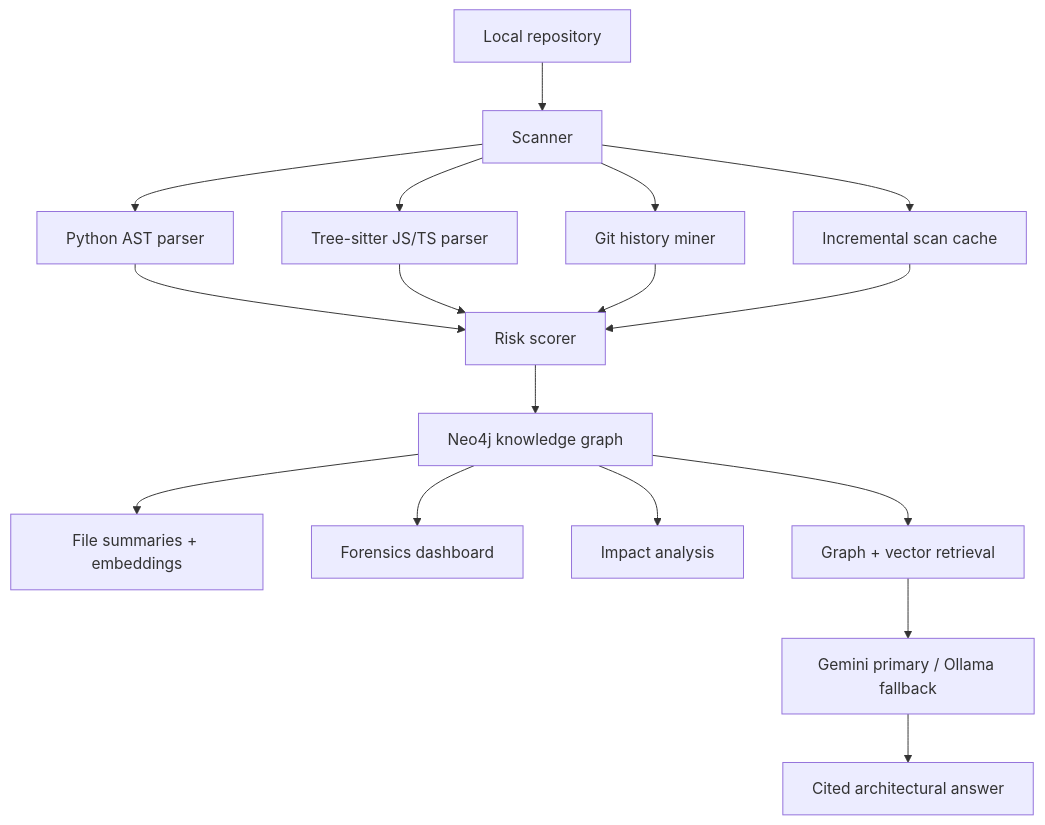
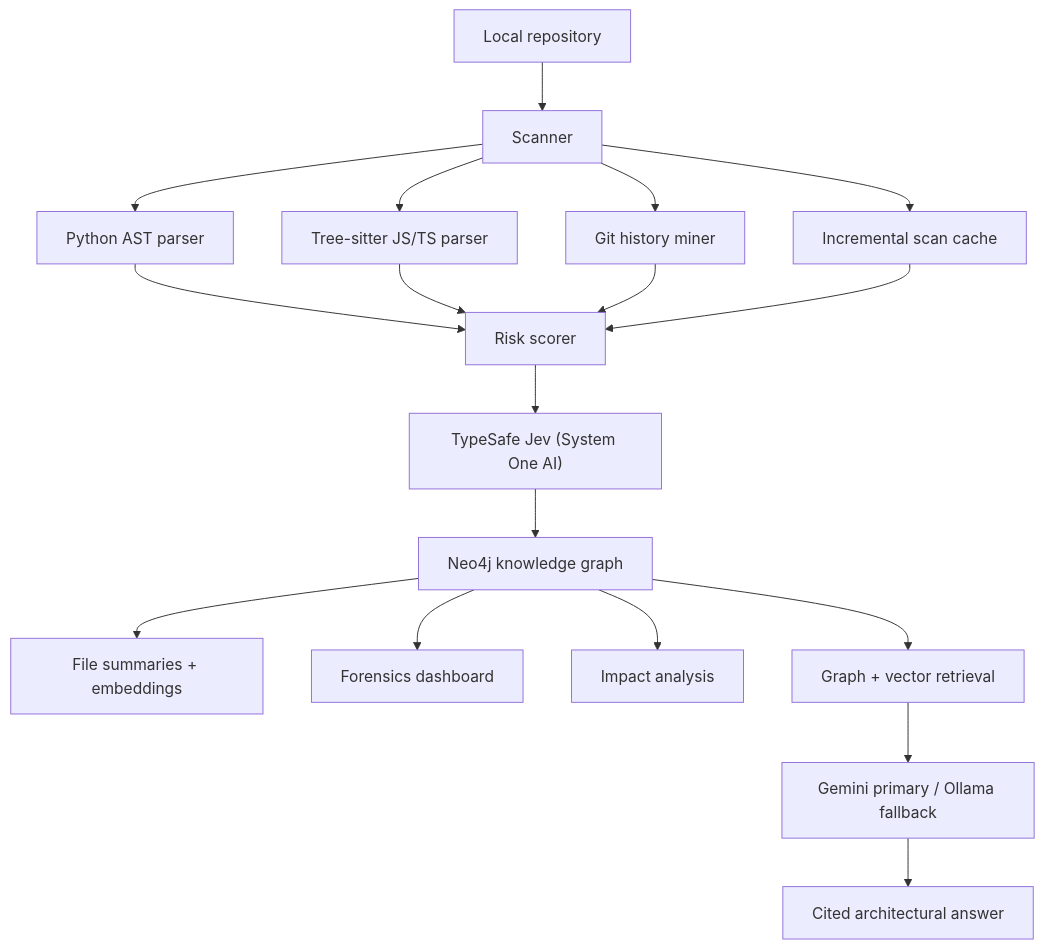
One commit to mahinigam/codebase-cartographer changed the diagram in docs/architecture.md. Above: the diagram before and after it, drawn with Mermaid. The commit also changed other lines of this file and 1 other file, not shown here.

Commit message:
docs: Update architecture and README for TypeSafe SDK integration

````diff
--- a/docs/architecture.md
+++ b/docs/architecture.md
@@ -5,19 +5,20 @@
 ```mermaid
 flowchart TD
     A["Local repository"] --> B["Scanner"]
-B --> C["Python AST parser"]
-B --> D["Tree-sitter JS/TS parser"]
-B --> E["Git history miner"]
-B --> N["Incremental scan cache"]
-C --> F["Risk scorer"]
-D --> F
-E --> F
-N --> F
-    F --> G["Neo4j knowledge graph"]
+    B --> C["Python AST parser"]
+    B --> D["Tree-sitter JS/TS parser"]
+    B --> E["Git history miner"]
+    B --> N["Incremental scan cache"]
+    C --> F["Risk scorer"]
+    D --> F
+    E --> F
+    N --> F
+    F --> O["TypeSafe Jev (System One AI)"]
+    O --> G["Neo4j knowledge graph"]
     G --> H["File summaries + embeddings"]
     G --> I["Forensics dashboard"]
     G --> J["Impact analysis"]
     G --> K["Graph + vector retrieval"]
     K --> L["Gemini primary / Ollama fallback"]
     L --> M["Cited architectural answer"]
 ```
````
